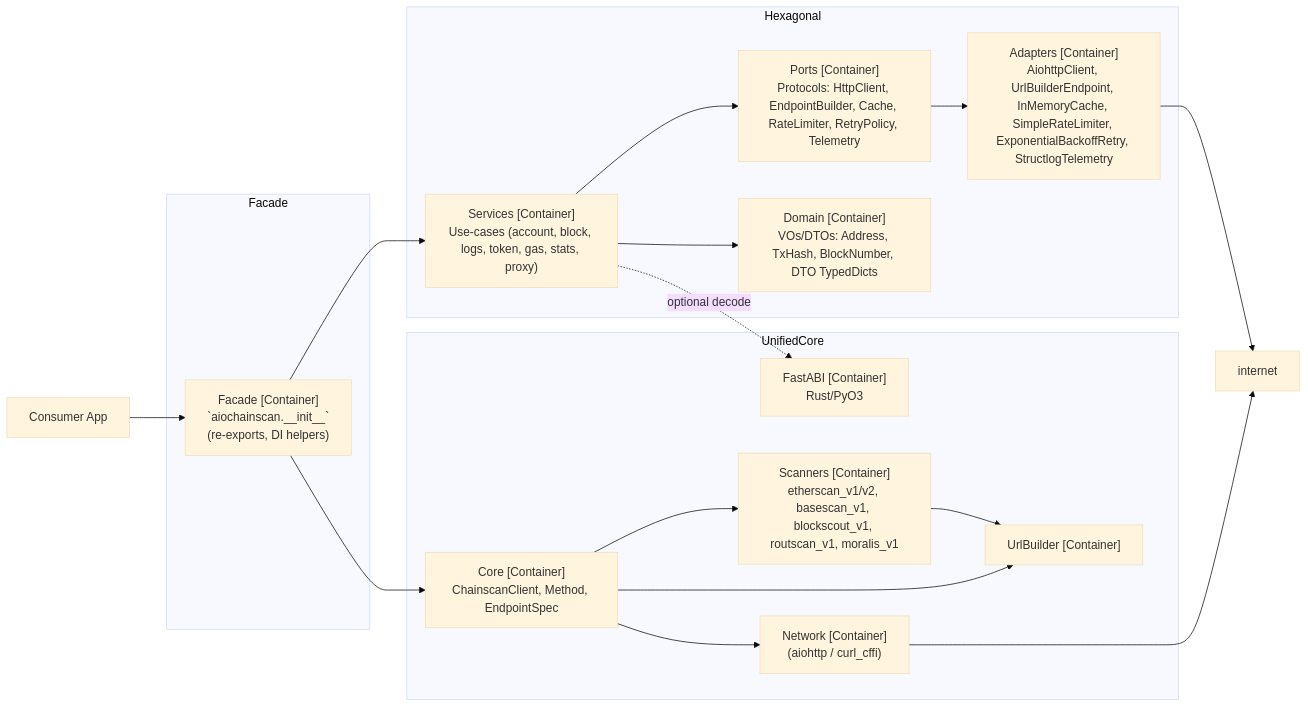
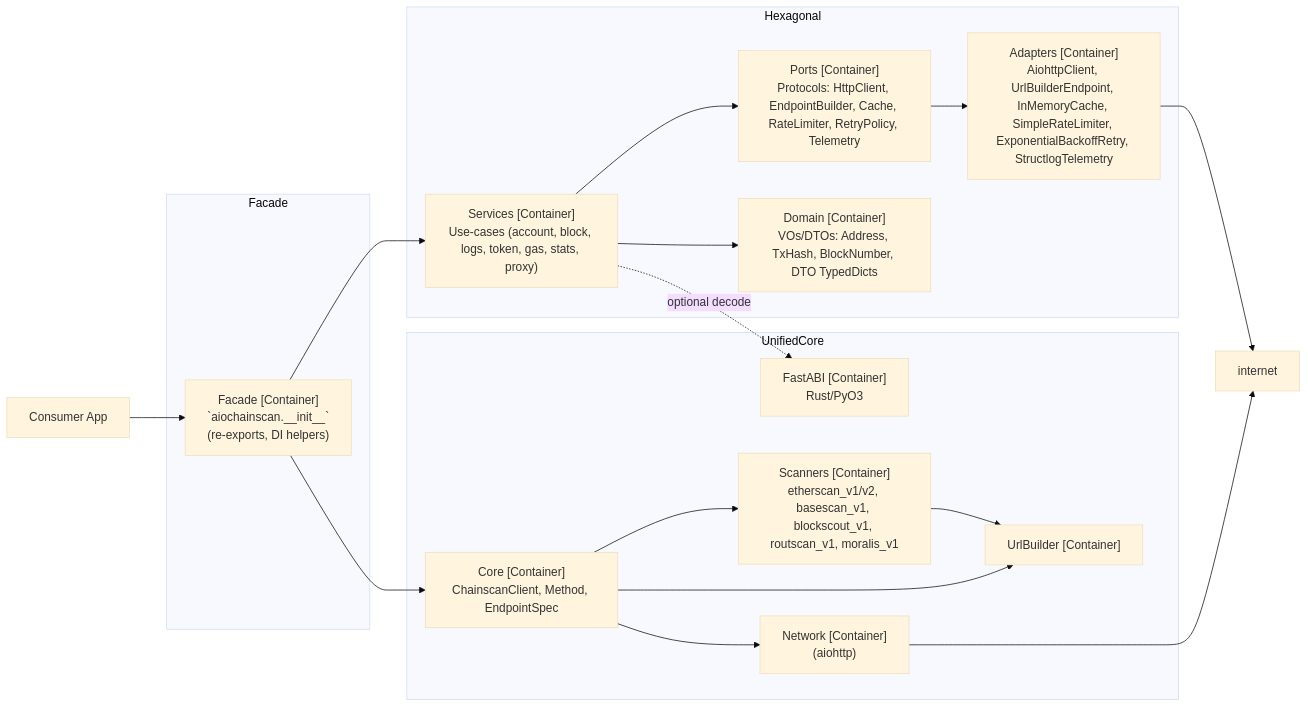
Before and after one commit to VaitaR/aiochainscan: the second of 3 diagrams in instructions.md, drawn with Mermaid (base theme). The commit also changed other lines of this file and 8 other files, not shown here.

````diff
--- a/instructions.md
+++ b/instructions.md
@@ -856,35 +856,35 @@
 ```mermaid
 graph LR
   subgraph Facade
     facade["Facade [Container]\n`aiochainscan.__init__`\n(re-exports, DI helpers)"]
   end
 
   subgraph Hexagonal
     services["Services [Container]\nUse-cases (account, block, logs, token, gas, stats, proxy)"]
     ports["Ports [Container]\nProtocols: HttpClient, EndpointBuilder, Cache, RateLimiter, RetryPolicy, Telemetry"]
     adapters["Adapters [Container]\nAiohttpClient, UrlBuilderEndpoint, InMemoryCache, SimpleRateLimiter, ExponentialBackoffRetry, StructlogTelemetry"]
     domain["Domain [Container]\nVOs/DTOs: Address, TxHash, BlockNumber, DTO TypedDicts"]
   end
 
   subgraph UnifiedCore
     core["Core [Container]\nChainscanClient, Method, EndpointSpec"]
     scanners["Scanners [Container]\netherscan_v1/v2, basescan_v1, blockscout_v1, routscan_v1, moralis_v1"]
     urlb["UrlBuilder [Container]"]
-    net["Network [Container]\n(aiohttp / curl_cffi)"]
+    net["Network [Container]\n(aiohttp)"]
     fastabi["FastABI [Container]\nRust/PyO3"]
   end
 
   userApp["Consumer App"] --> facade
   facade --> services
   facade --> core
   services --> ports
   ports --> adapters
   services --> domain
   core --> scanners
   scanners --> urlb
   core --> urlb
   core --> net
   services -. optional decode .-> fastabi
   adapters --> internet
   net --> internet
 ```
````
